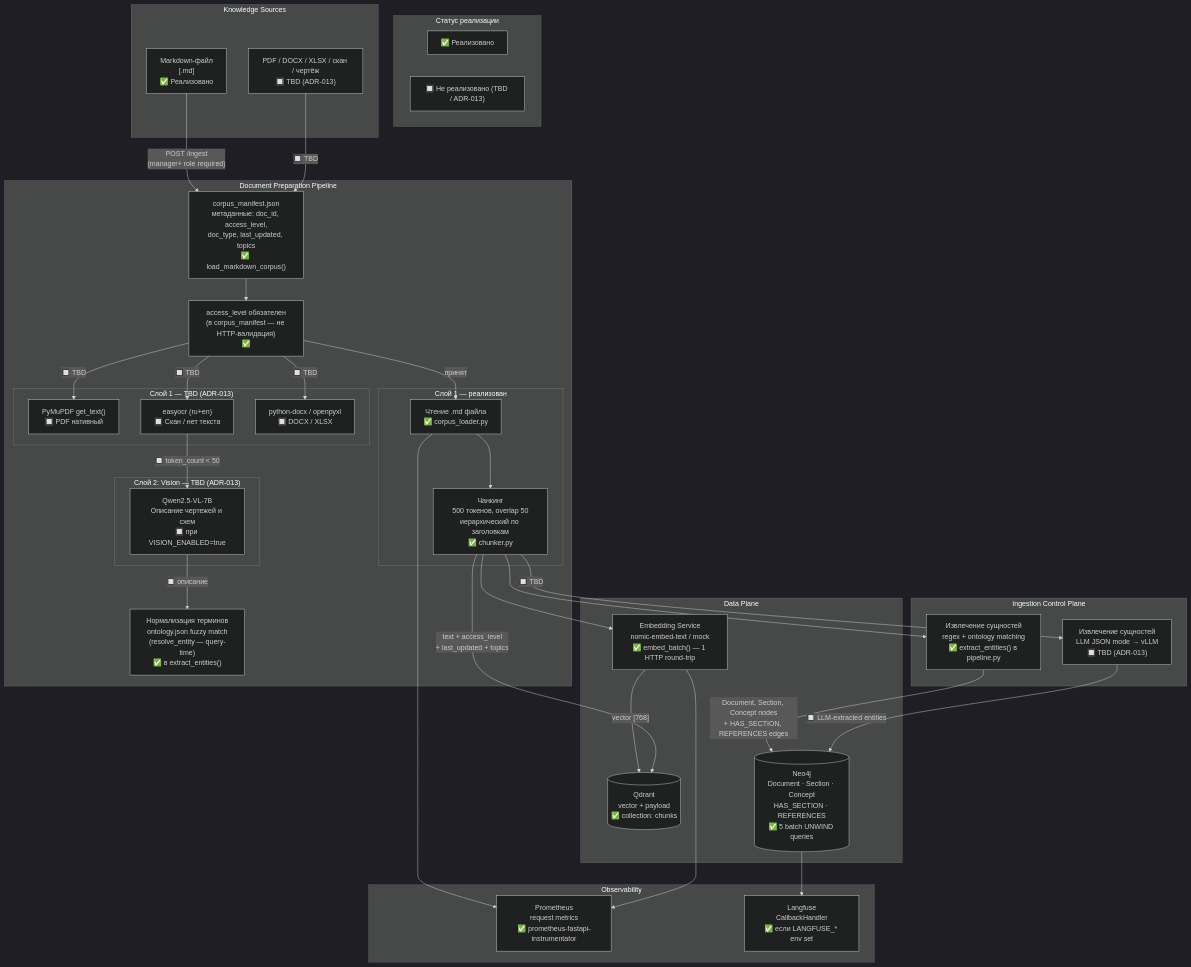
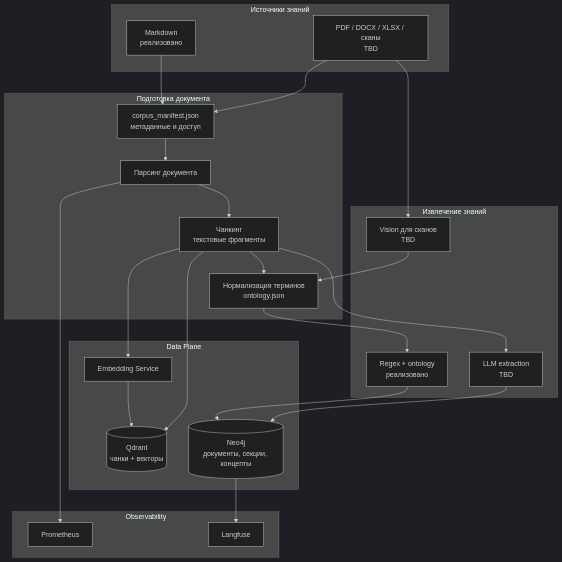
Before and after one commit to alesoid/Synapse: the diagram in docs/diagrams/data_flow_ingestion.md, drawn with Mermaid (dark theme). The commit also changed other lines of this file and 4 other files, not shown here.

Commit message:
docs: fix mermaid diagrams

````diff
--- a/docs/diagrams/data_flow_ingestion.md
+++ b/docs/diagrams/data_flow_ingestion.md
@@ -1,77 +1,51 @@
 ```mermaid
 flowchart TD
-    subgraph STATUS["Статус реализации"]
-        IMPL["✅ Реализовано"]
-        TBD["🔲 Не реализовано (TBD / ADR-013)"]
+    subgraph SRC["Источники знаний"]
+        MD["Markdown\nреализовано"]
+        OTHER["PDF / DOCX / XLSX / сканы\nTBD"]
     end
 
-    subgraph EXT["Knowledge Sources"]
-        DOC_MD["Markdown-файл\n[.md]\n✅ Реализовано"]
-        DOC_OTHER["PDF / DOCX / XLSX / скан / чертёж\n🔲 TBD (ADR-013)"]
+    subgraph PREP["Подготовка документа"]
+        MANIFEST["corpus_manifest.json\nметаданные и доступ"]
+        PARSE["Парсинг документа"]
+        CHUNK["Чанкинг\nтекстовые фрагменты"]
+        NORM["Нормализация терминов\nontology.json"]
     end
 
-    subgraph PREP["Document Preparation Pipeline"]
-        META["corpus_manifest.json\nметаданные: doc_id, access_level,\ndoc_type, last_updated, topics\n✅ load_markdown_corpus()"]
-        VALID_META["access_level обязателен\n(в corpus_manifest — не HTTP-валидация)\n✅"]
-
-        subgraph L1_IMPL["Слой 1 — реализован"]
-            PARSE_MD["Чтение .md файла\n✅ corpus_loader.py"]
-            CHUNK["Чанкинг\n500 токенов, overlap 50\nиерархический по заголовкам\n✅ chunker.py"]
-        end
-
-        subgraph L1_TBD["Слой 1 — TBD (ADR-013)"]
-            PARSE_PDF["PyMuPDF get_text()\n🔲 PDF нативный"]
-            PARSE_OCR["easyocr (ru+en)\n🔲 Скан / нет текста"]
-            PARSE_STRUCT["python-docx / openpyxl\n🔲 DOCX / XLSX"]
-        end
-
-        subgraph L2_TBD["Слой 2: Vision — TBD (ADR-013)"]
-            VISION["Qwen2.5-VL-7B\nОписание чертежей и схем\n🔲 при VISION_ENABLED=true"]
-        end
-
-        NORM["Нормализация терминов\nontology.json fuzzy match\n(resolve_entity — query-time)\n✅ в extract_entities()"]
+    subgraph EXTRACT["Извлечение знаний"]
+        RULES["Regex + ontology\nреализовано"]
+        LLM_EXT["LLM extraction\nTBD"]
+        VISION["Vision для сканов\nTBD"]
     end
 
-    subgraph CP["Ingestion Control Plane"]
-        EXTRACT_RE["Извлечение сущностей\nregex + ontology matching\n✅ extract_entities() в pipeline.py"]
-        EXTRACT_LLM["Извлечение сущностей\nLLM JSON mode → vLLM\n🔲 TBD (ADR-013)"]
-    end
-
-    subgraph DP["Data Plane"]
-        EMB["Embedding Service\nnomic-embed-text / mock\n✅ embed_batch() — 1 HTTP round-trip"]
-        QD[("Qdrant\nvector + payload\n✅ collection: chunks")]
-        N4J[("Neo4j\nDocument · Section · Concept\nHAS_SECTION · REFERENCES\n✅ 5 batch UNWIND queries")]
+    subgraph DATA["Data Plane"]
+        EMB["Embedding Service"]
+        QD[("Qdrant\nчанки + векторы")]
+        N4J[("Neo4j\nдокументы, секции, концепты")]
     end
 
     subgraph OBS["Observability"]
-        PROM["Prometheus\nrequest metrics\n✅ prometheus-fastapi-instrumentator"]
-        LF["Langfuse\nCallbackHandler\n✅ если LANGFUSE_* env set"]
+        PROM["Prometheus"]
+        LF["Langfuse"]
     end
 
-    DOC_MD -->|"POST /ingest\n(manager+ role required)"| META
-    DOC_OTHER -->|"🔲 TBD"| META
+    MD --> MANIFEST
+    OTHER --> MANIFEST
+    MANIFEST --> PARSE
+    PARSE --> CHUNK
+    CHUNK --> NORM
 
-    META --> VALID_META
-    VALID_META -->|"принят"| PARSE_MD
-    VALID_META -->|"🔲 TBD"| PARSE_PDF
-    VALID_META -->|"🔲 TBD"| PARSE_OCR
-    VALID_META -->|"🔲 TBD"| PARSE_STRUCT
+    CHUNK --> EMB
+    EMB --> QD
+    CHUNK --> QD
 
-    PARSE_OCR -->|"🔲 token_count < 50"| VISION
-    VISION -->|"🔲 описание"| NORM
+    NORM --> RULES
+    RULES --> N4J
+    CHUNK --> LLM_EXT
+    LLM_EXT --> N4J
+    OTHER --> VISION
+    VISION --> NORM
 
-    PARSE_MD --> CHUNK
-    CHUNK --> EMB
-    EMB -->|"vector [768]"| QD
-    CHUNK -->|"text + access_level\n+ last_updated + topics"| QD
-
-    CHUNK --> EXTRACT_RE
-    EXTRACT_RE -->|"Document, Section, Concept nodes\n+ HAS_SECTION, REFERENCES edges"| N4J
-
-    CHUNK -->|"🔲 TBD"| EXTRACT_LLM
-    EXTRACT_LLM -->|"🔲 LLM-extracted entities"| N4J
-
-    PARSE_MD --> PROM
-    EMB --> PROM
+    PARSE --> PROM
     N4J --> LF
 ```
````
